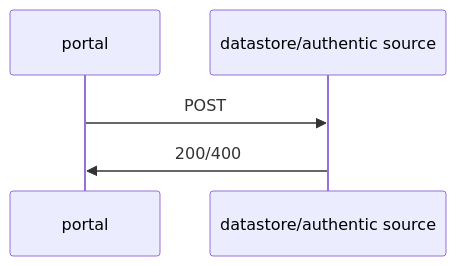
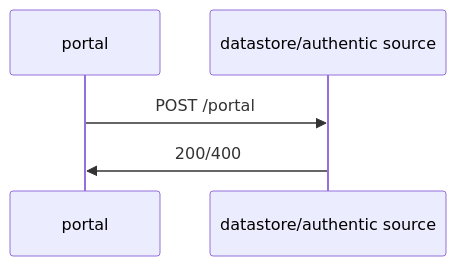
The fifth of 8 diagrams in standards/apiv21.md (dc4eu/vc), drawn with Mermaid before and after one commit. The commit also changed other lines of this file, not shown here.

````diff
--- a/standards/apiv21.md
+++ b/standards/apiv21.md
@@ -249,5 +249,5 @@
 ```mermaid
 sequenceDiagram;
-    portal->>datastore/authentic source: POST;
+    portal->>datastore/authentic source: POST /portal;
     datastore/authentic source->>portal: 200/400;
 ```
````
